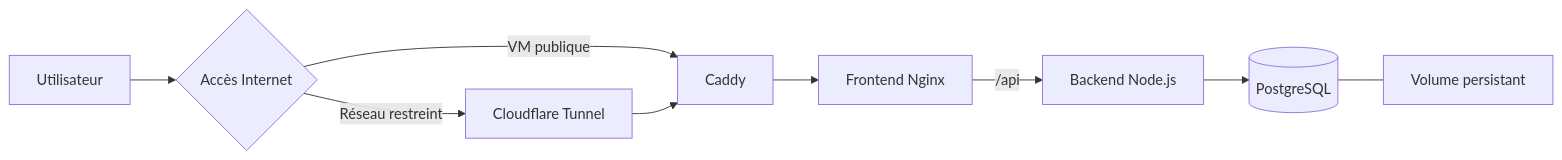
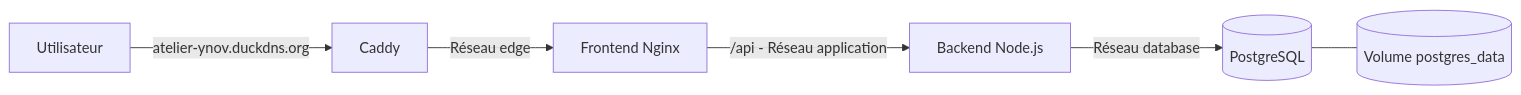
The diagram in README.md (Emmanuel110499/Atelier), drawn with Mermaid before and after one commit. The commit also changed other lines of this file, not shown here.

````diff
--- a/README.md
+++ b/README.md
@@ -13,11 +11,8 @@
 ```mermaid
 flowchart LR
-    U[Utilisateur] --> I{Accès Internet}
-    I -->|VM publique| C[Caddy]
-    I -->|Réseau restreint| T[Cloudflare Tunnel]
-    T --> C
-    C --> F[Frontend Nginx]
-    F -->|/api| B[Backend Node.js]
-    B --> D[(PostgreSQL)]
-    D --- V[Volume persistant]
+    U[Utilisateur] -->|atelier-ynov.duckdns.org| C[Caddy]
+    C -->|Réseau edge| F[Frontend Nginx]
+    F -->|/api - Réseau application| B[Backend Node.js]
+    B -->|Réseau database| D[(PostgreSQL)]
+    D --- V[(Volume postgres_data)]
 ```
````
